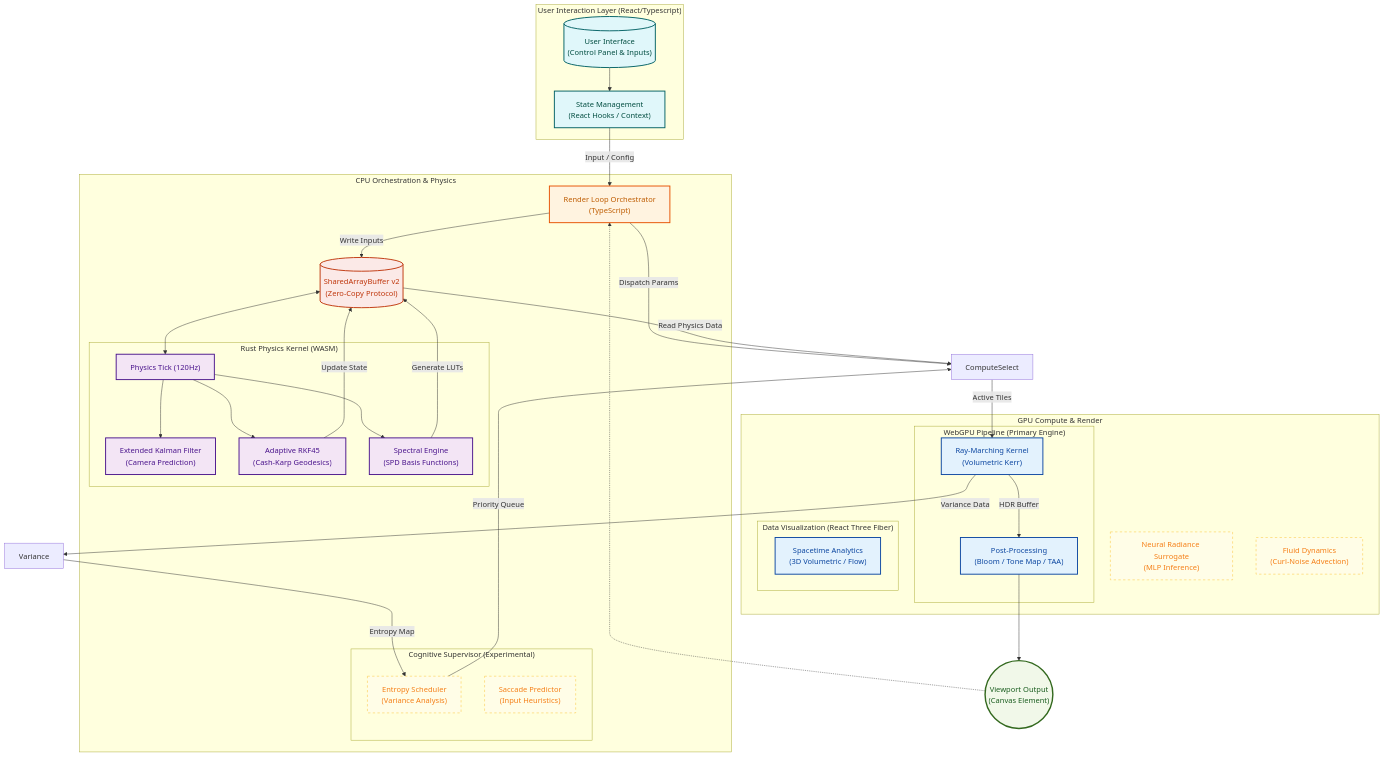
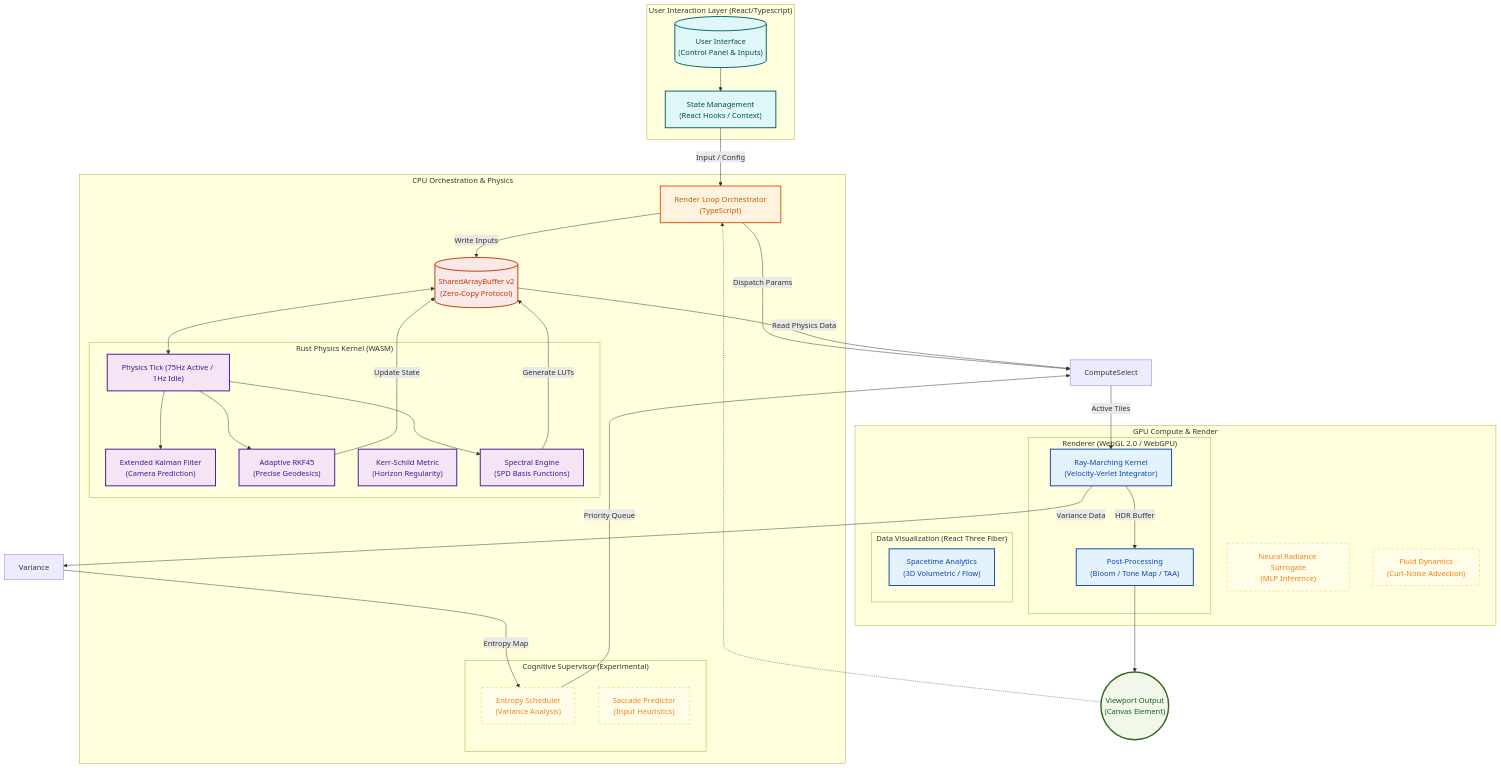
One commit to steeltroops-ai/blackhole-simulation changed the diagram in docs/ARCHITECTURE.md. Above: the diagram before and after it, drawn with Mermaid. The commit also changed other lines of this file and 10 other files, not shown here.

Commit message:
docs: synchronize architectural and physics engineering specifications

````diff
--- a/docs/ARCHITECTURE.md
+++ b/docs/ARCHITECTURE.md
@@ -11,77 +13,78 @@
 ```mermaid
 graph TD
     %% Global Styles for Professional Light Theme
     classDef input fill:#e0f7fa,stroke:#006064,stroke-width:2px,color:#004d40
     classDef orchestration fill:#fff3e0,stroke:#e65100,stroke-width:2px,color:#be5c00
     classDef kernel fill:#f3e5f5,stroke:#4a148c,stroke-width:2px,color:#4a148c
     classDef compute fill:#e3f2fd,stroke:#0d47a1,stroke-width:2px,color:#0d47a1
     classDef memory fill:#fbe9e7,stroke:#bf360c,stroke-width:2px,color:#bf360c
     classDef output fill:#f1f8e9,stroke:#33691e,stroke-width:3px,color:#1b5e20
     classDef wip fill:#fffde7,stroke:#fbc02d,stroke-width:1px,stroke-dasharray: 5 5,color:#f57f17
 
 
     subgraph UserInteraction ["User Interaction Layer (React/Typescript)"]
         UI[("User Interface<br/>(Control Panel & Inputs)")]:::input
         State["State Management<br/>(React Hooks / Context)"]:::input
     end
 
     subgraph CPULogic ["CPU Orchestration & Physics"]
         Orchestrator["Render Loop Orchestrator<br/>(TypeScript)"]:::orchestration
         SAB[("SharedArrayBuffer v2<br/>(Zero-Copy Protocol)")]:::memory
 
         subgraph CognitiveLayer ["Cognitive Supervisor (Experimental)"]
             Scheduler["Entropy Scheduler<br/>(Variance Analysis)"]:::wip
             Predictor["Saccade Predictor<br/>(Input Heuristics)"]:::wip
         end
 
 
         subgraph RustKernel ["Rust Physics Kernel (WASM)"]
-            PhysicsTick["Physics Tick (120Hz)"]:::kernel
+            PhysicsTick["Physics Tick (75Hz Active / 1Hz Idle)"]:::kernel
             EKF["Extended Kalman Filter<br/>(Camera Prediction)"]:::kernel
-            Integrator["Adaptive RKF45<br/>(Cash-Karp Geodesics)"]:::kernel
+            Integrator["Adaptive RKF45<br/>(Precise Geodesics)"]:::kernel
+            Metric["Kerr-Schild Metric<br/>(Horizon Regularity)"]:::kernel
             Spectrum["Spectral Engine<br/>(SPD Basis Functions)"]:::kernel
         end
 
     end
 
     subgraph GPULogic ["GPU Compute & Render"]
-        subgraph WebGPU ["WebGPU Pipeline (Primary Engine)"]
-            RayMarch["Ray-Marching Kernel<br/>(Volumetric Kerr)"]:::compute
+        subgraph ShaderEngine ["Renderer (WebGL 2.0 / WebGPU)"]
+            RayMarch["Ray-Marching Kernel<br/>(Velocity-Verlet Integrator)"]:::compute
             PostProcess["Post-Processing<br/>(Bloom / Tone Map / TAA)"]:::compute
         end
         subgraph ThreeJS ["Data Visualization (React Three Fiber)"]
             SpacetimeGrid["Spacetime Analytics<br/>(3D Volumetric / Flow)"]:::compute
         end
         NRS["Neural Radiance Surrogate<br/>(MLP Inference)"]:::wip
         GRMHD["Fluid Dynamics<br/>(Curl-Noise Advection)"]:::wip
     end
 
     Display(("Viewport Output<br/>(Canvas Element)")):::output
 
     %% Data Flow
     UI --> State
     State -- "Input / Config" --> Orchestrator
 
     Orchestrator -- "Write Inputs" --> SAB
     SAB <--> PhysicsTick
 
     PhysicsTick --> EKF
     PhysicsTick --> Integrator
     PhysicsTick --> Spectrum
 
     Spectrum -- "Generate LUTs" --> SAB
     Integrator -- "Update State" --> SAB
 
     Orchestrator -- "Dispatch Params" --> ComputeSelect
     SAB -- "Read Physics Data" --> ComputeSelect
 
     ComputeSelect -- "Active Tiles" --> RayMarch
     RayMarch -- "HDR Buffer" --> PostProcess
     RayMarch -- "Variance Data" --> Variance
     Variance -- "Entropy Map" --> Scheduler
     Scheduler -- "Priority Queue" --> ComputeSelect
     PostProcess --> Display
 
     %% Feedback Loop
     Display -.-> Orchestrator
 ```
````
